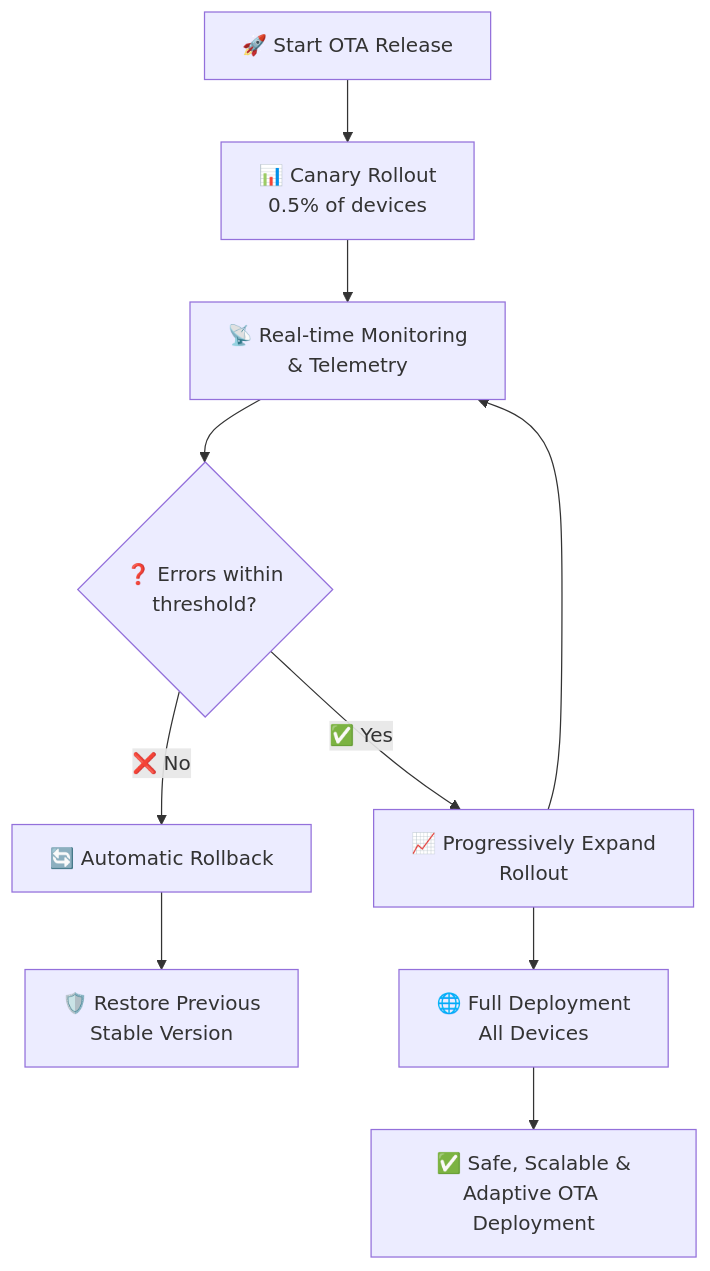
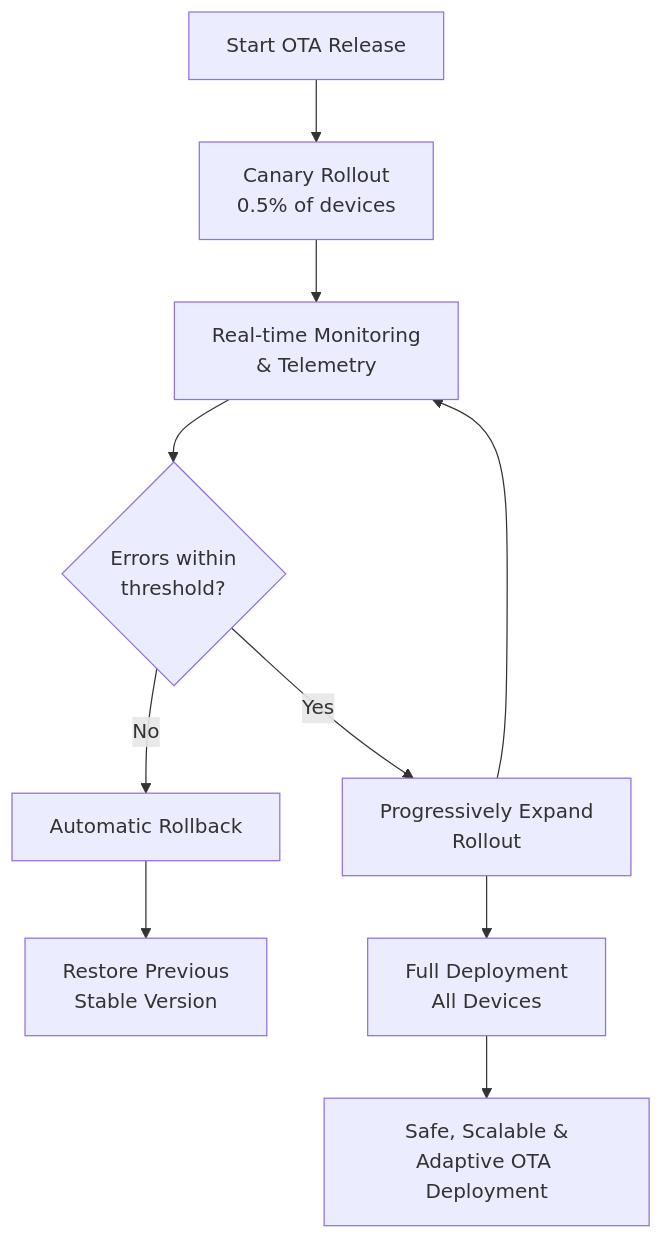
The diagram in getting_started_also_README.md (Eclipse-SDV-Hackathon-Chapter-Three/COOTA), drawn with Mermaid before and after one commit. The commit also changed other lines of this file, not shown here.

````diff
--- a/getting_started_also_README.md
+++ b/getting_started_also_README.md
@@ -51,15 +51,15 @@
 ```mermaid
 flowchart TD
-    A[🚀 Start OTA Release] --> B[📊 Canary Rollout<br/>0.5% of devices]
-    B --> C[📡 Real-time Monitoring<br/>& Telemetry]
-    C --> D{❓ Errors within<br/>threshold?}
+    A[Start OTA Release] --> B[Canary Rollout<br/>0.5% of devices]
+    B --> C[Real-time Monitoring<br/>& Telemetry]
+    C --> D{Errors within<br/>threshold?}
     
-    D -->|✅ Yes| E[📈 Progressively Expand<br/>Rollout]
+    D -->|Yes| E[Progressively Expand<br/>Rollout]
     E --> C
     
-    D -->|❌ No| F[🔄 Automatic Rollback]
-    F --> G[🛡️ Restore Previous<br/>Stable Version]
+    D -->|No| F[Automatic Rollback]
+    F --> G[Restore Previous<br/>Stable Version]
     
-    E --> H[🌐 Full Deployment<br/>All Devices]
-    H --> I[✅ Safe, Scalable &<br/>Adaptive OTA Deployment]
+    E --> H[Full Deployment<br/>All Devices]
+    H --> I[Safe, Scalable &<br/>Adaptive OTA Deployment]
 ```
````
